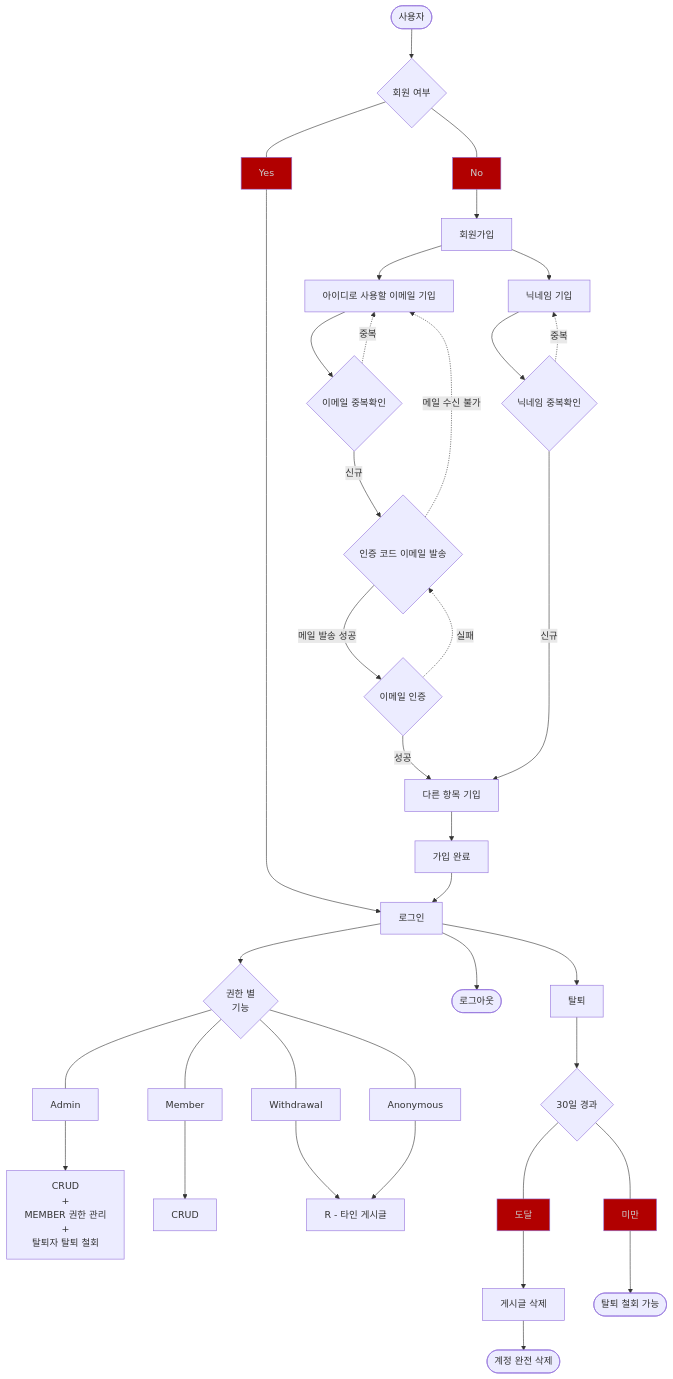
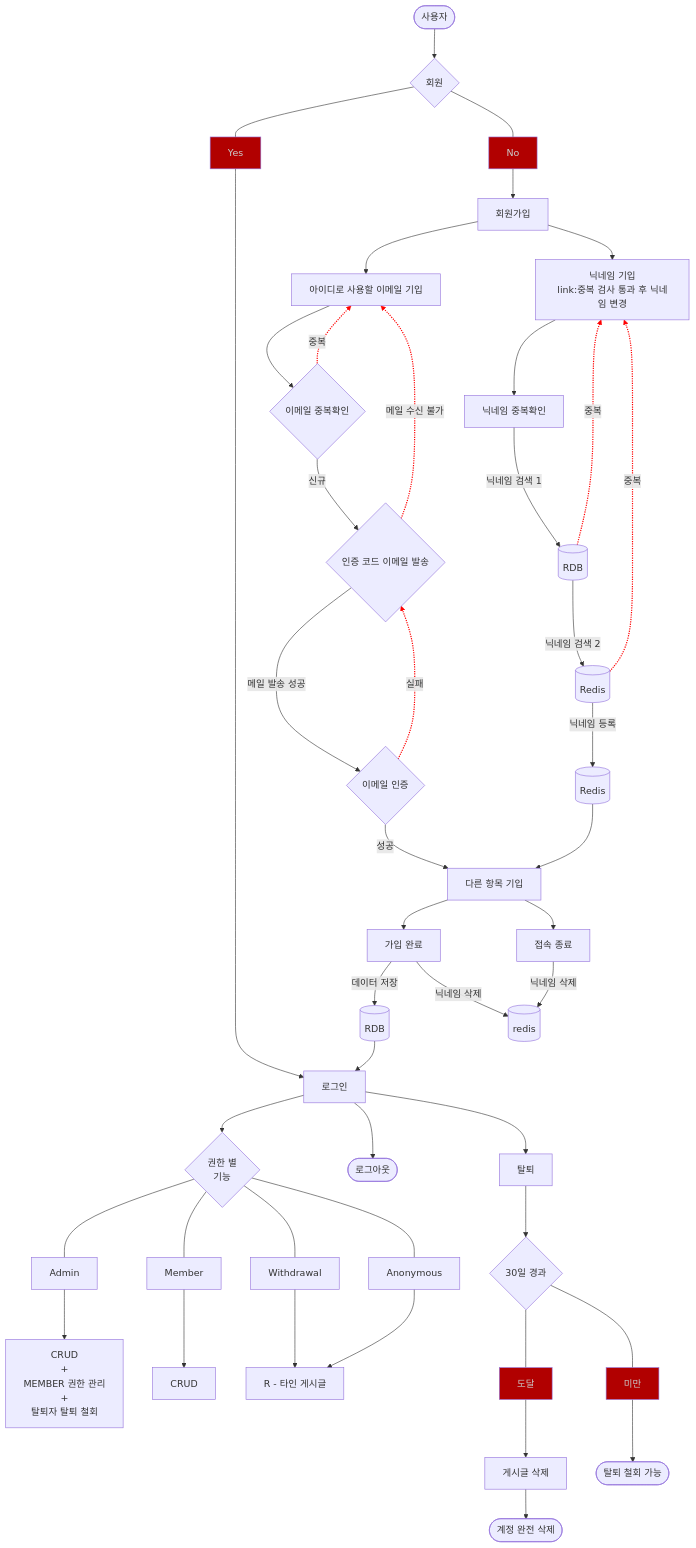
Before and after one commit to zhyun-project/simple-board-02: the diagram in docs/Flowchart - 회원.mermaid, drawn with Mermaid. The commit also changed other lines of this file, not shown here.

Commit message:
docs : 회원 flow char 회원가입 로직 - db 정보 추가
link는 Ctrk  키 누른 채로 클릭해야 열림

issue key : SB2-3

```diff
--- a/docs/Flowchart - 회원.mermaid
+++ b/docs/Flowchart - 회원.mermaid
@@ -1,33 +1,41 @@
 flowchart TB
     classDef red color:#cbcdcc,fill:#b10000;
 
-    A([사용자]) --> B{회원 여부}
+    A([사용자]) --> B{회원}
 
-    B ---Yes:::red---------> C[로그인]
+    B ---Yes:::red-----------> C[로그인]
+    B ---No:::red--> D[회원가입] 
+
+    D --> D1[아이디로 사용할 이메일 기입]
+    D1 --> D11{이메일 중복확인}
+    D11 -.->|중복| D1
+    D11 -->|신규| D2{인증 코드 이메일 발송}
+    D2 -.->|메일 수신 불가| D1
+    D2 --->|메일 발송 성공| D22{이메일 인증}
+    D22 -.->|실패| D2
+    D22 -->|성공| D4[다른 항목 기입]
+
+
+    D --> D3[닉네임 기입<br>link:중복 검사 통과 후 닉네임 변경]
+    D3 --> D33[닉네임 중복확인] -->|닉네임 검색 1| D34[(RDB)] -.->|중복| D3
+    D34 -->|닉네임 검색 2| D35[(Redis)] -.->|중복| D3
+    D35 -->|닉네임 등록| D6[(Redis)] --> D4
+    D4 --> D5[가입 완료]
+    D4 --> D8[접속 종료]
+    D5 -->|데이터 저장| D9[(RDB)] --> C
+    D5 & D8 -->|닉네임 삭제| D7[(redis)]
+
     C --> G{권한 별<br>기능}
     G ---Admin--> G1[CRUD<br>+<br>MEMBER 권한 관리<br>+<br>탈퇴자 탈퇴 철회]
     G ---Member--> G2[CRUD]
     G ---Withdrawal--> G3[R - 타인 게시글]
     G ---Anonymous--> G3[R - 타인 게시글]
     C --> E([로그아웃])
     C --> F[탈퇴] --> F1{30일 경과} 
     F1 ---도달:::red--> F2[게시글 삭제] --> F3([계정 완전 삭제])
     F1 ---미만:::red--> F4([탈퇴 철회 가능])
 
-    B ---No:::red--> D[회원가입] 
-    D --> D1[아이디로 사용할 이메일 기입]
-    D1 --> D11{이메일 중복확인}
-    D11 -.->|중복| D1
-    D11 -->|신규| D2{인증 코드 이메일 발송}
-    D2 -.->|메일 수신 불가| D1
-    D2 -->|메일 발송 성공| D22{이메일 인증}
-    D22 -.->|실패| D2
-    D22 -->|성공| D4[다른 항목 기입]
+    click D3 "https://blog.zhyun.kim/415"
 
-
-    D --> D3[닉네임 기입]
-    D3 --> D33{닉네임 중복확인}
-    D33 -.->|중복| D3
-    D33 ---->|신규| D4
-    D4 --> D5[가입 완료]
-    D5 --> C
+    linkStyle 7,9,11 stroke-width:2px,fill:none,stroke:red;
+    linkStyle 16,18 stroke-width:2px,fill:none,stroke:red;
```
